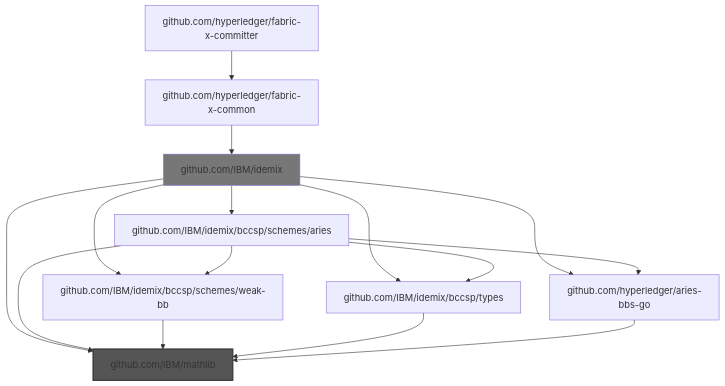
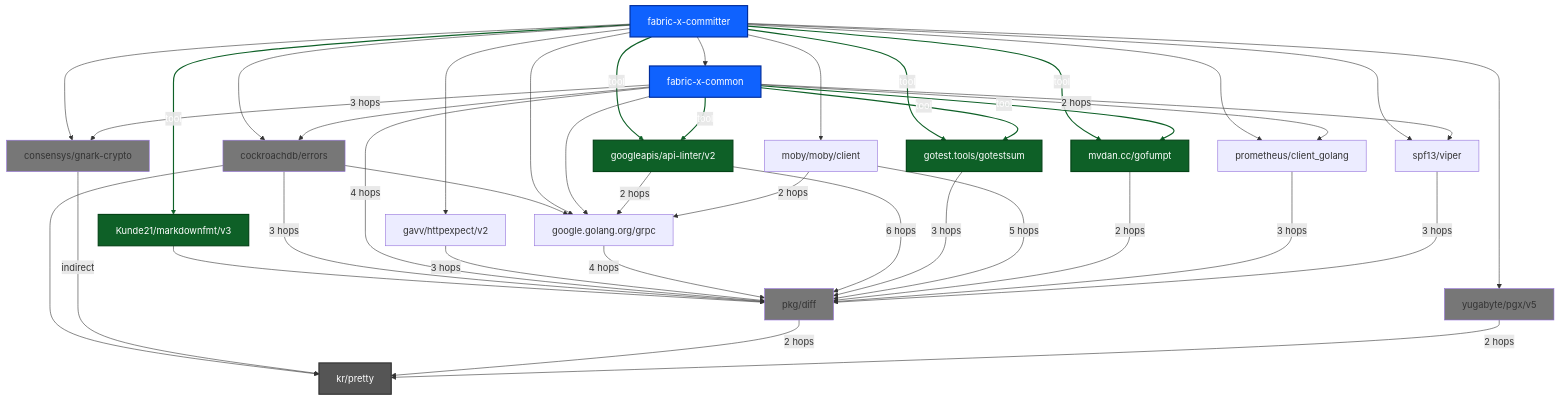
One commit to liran-funaro/fabric-x-committer changed the seventh of 9 diagrams in bad-imports-analysis.md. Above: the diagram before and after it, drawn with Mermaid. The commit also changed other lines of this file and 2 other files, not shown here.

````diff
--- a/bad-imports-analysis.md
+++ b/bad-imports-analysis.md
@@ -719,19 +342,54 @@
 ```mermaid
 graph TD
-    github.com/IBM/idemix --> github.com/IBM/idemix/bccsp/schemes/aries
-    github.com/IBM/idemix --> github.com/IBM/idemix/bccsp/schemes/weak-bb
-    github.com/IBM/idemix --> github.com/IBM/idemix/bccsp/types
-    github.com/IBM/idemix --> github.com/IBM/mathlib
-    github.com/IBM/idemix --> github.com/hyperledger/aries-bbs-go
-    github.com/IBM/idemix/bccsp/schemes/aries --> github.com/IBM/idemix/bccsp/schemes/weak-bb
-    github.com/IBM/idemix/bccsp/schemes/aries --> github.com/IBM/idemix/bccsp/types
-    github.com/IBM/idemix/bccsp/schemes/aries --> github.com/IBM/mathlib
-    github.com/IBM/idemix/bccsp/schemes/aries --> github.com/hyperledger/aries-bbs-go
-    github.com/IBM/idemix/bccsp/schemes/weak-bb --> github.com/IBM/mathlib
-    github.com/IBM/idemix/bccsp/types --> github.com/IBM/mathlib
-    github.com/hyperledger/aries-bbs-go --> github.com/IBM/mathlib
-    github.com/hyperledger/fabric-x-committer --> github.com/hyperledger/fabric-x-common
-    github.com/hyperledger/fabric-x-common --> github.com/IBM/idemix
-    style github.com/IBM/mathlib fill:#555,stroke:#333,stroke-width:2px
-    style github.com/IBM/idemix fill:#777
+    Kunde21/markdownfmt/v3 --> pkg/diff
+    cockroachdb/errors --> google.golang.org/grpc
+    cockroachdb/errors --> kr/pretty
+    cockroachdb/errors -->|3 hops| pkg/diff
+    consensys/gnark-crypto -->|indirect| kr/pretty
+    fabric-x-committer -->|tool| Kunde21/markdownfmt/v3
+    fabric-x-committer --> cockroachdb/errors
+    fabric-x-committer --> consensys/gnark-crypto
+    fabric-x-committer --> fabric-x-common
+    fabric-x-committer --> gavv/httpexpect/v2
+    fabric-x-committer --> google.golang.org/grpc
+    fabric-x-committer -->|tool| googleapis/api-linter/v2
+    fabric-x-committer -->|tool| gotest.tools/gotestsum
+    fabric-x-committer --> moby/moby/client
+    fabric-x-committer -->|tool| mvdan.cc/gofumpt
+    fabric-x-committer --> prometheus/client_golang
+    fabric-x-committer --> spf13/viper
+    fabric-x-committer --> yugabyte/pgx/v5
+    fabric-x-common --> cockroachdb/errors
+    fabric-x-common -->|3 hops| consensys/gnark-crypto
+    fabric-x-common --> google.golang.org/grpc
+    fabric-x-common -->|tool| googleapis/api-linter/v2
+    fabric-x-common -->|tool| gotest.tools/gotestsum
+    fabric-x-common -->|tool| mvdan.cc/gofumpt
+    fabric-x-common -->|4 hops| pkg/diff
+    fabric-x-common -->|2 hops| prometheus/client_golang
+    fabric-x-common --> spf13/viper
+    gavv/httpexpect/v2 -->|3 hops| pkg/diff
+    google.golang.org/grpc -->|4 hops| pkg/diff
+    googleapis/api-linter/v2 -->|2 hops| google.golang.org/grpc
+    googleapis/api-linter/v2 -->|6 hops| pkg/diff
+    gotest.tools/gotestsum -->|3 hops| pkg/diff
+    moby/moby/client -->|2 hops| google.golang.org/grpc
+    moby/moby/client -->|5 hops| pkg/diff
+    mvdan.cc/gofumpt -->|2 hops| pkg/diff
+    pkg/diff -->|2 hops| kr/pretty
+    prometheus/client_golang -->|3 hops| pkg/diff
+    spf13/viper -->|3 hops| pkg/diff
+    yugabyte/pgx/v5 -->|2 hops| kr/pretty
+    style Kunde21/markdownfmt/v3 fill:#0e6027,stroke:#044317,stroke-width:2px,color:#fff
+    style cockroachdb/errors fill:#777
+    style consensys/gnark-crypto fill:#777
+    style googleapis/api-linter/v2 fill:#0e6027,stroke:#044317,stroke-width:2px,color:#fff
+    style fabric-x-committer fill:#0f62fe,stroke:#002d9c,stroke-width:2px,color:#fff
+    style fabric-x-common fill:#0f62fe,stroke:#002d9c,stroke-width:2px,color:#fff
+    style kr/pretty fill:#555,stroke:#333,stroke-width:2px,color:#fff
+    style pkg/diff fill:#777
+    style yugabyte/pgx/v5 fill:#777
+    style gotest.tools/gotestsum fill:#0e6027,stroke:#044317,stroke-width:2px,color:#fff
+    style mvdan.cc/gofumpt fill:#0e6027,stroke:#044317,stroke-width:2px,color:#fff
+    linkStyle 5,11,12,14,21,22,23 stroke:#0e6027,stroke-width:2px,color:#fff,background-color:#0e6027
 ```
````
